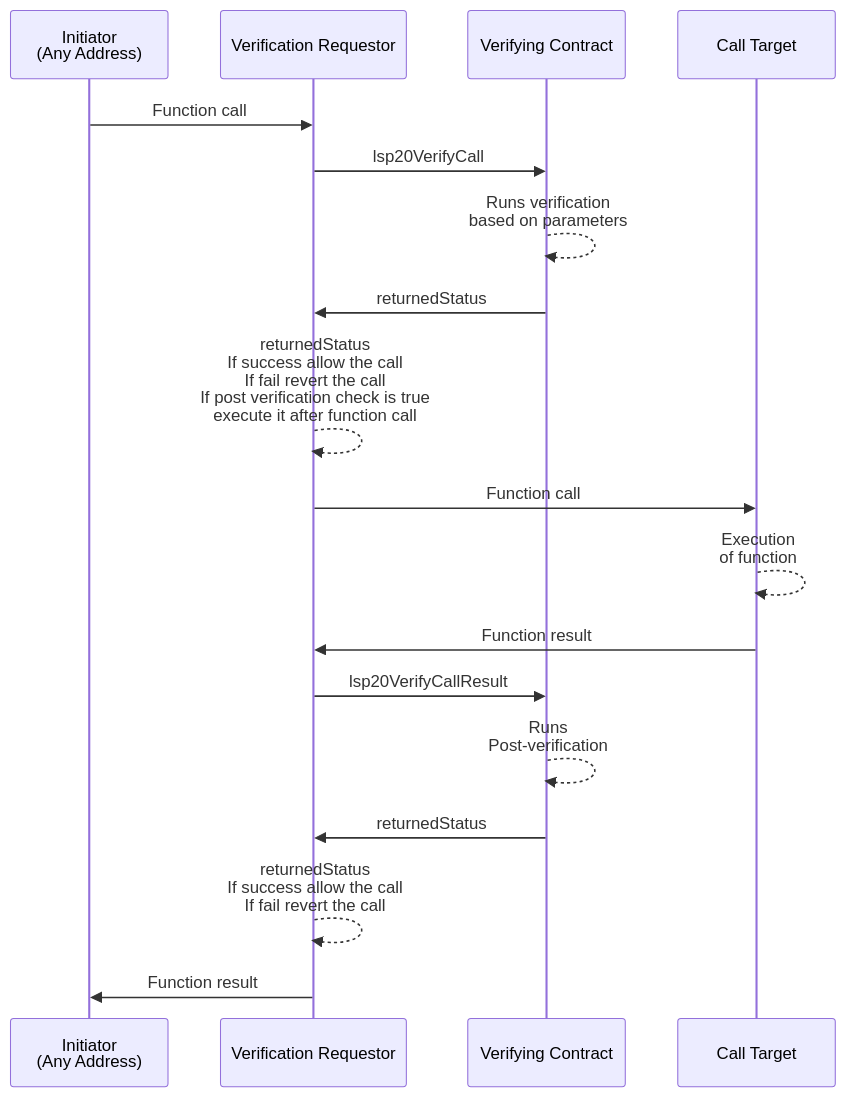
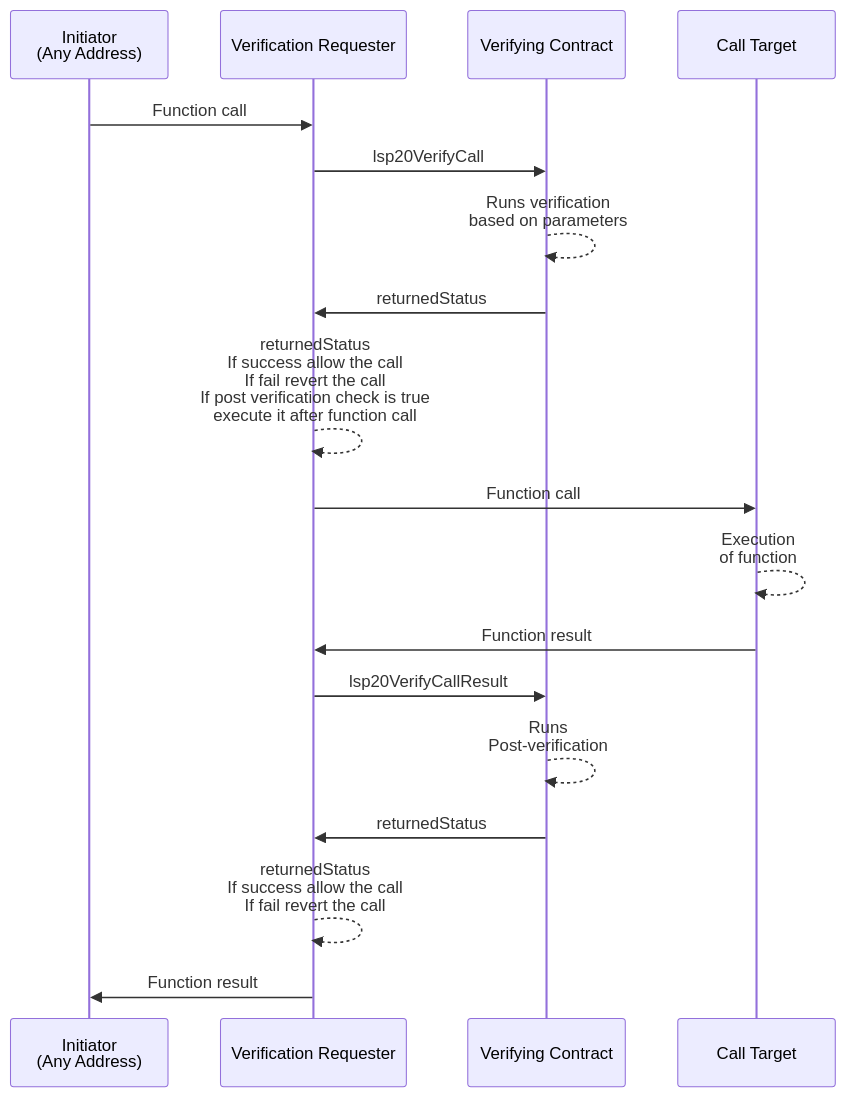
Before and after one commit to lukso-network/LIPs: the diagram in LSPs/LSP-20-CallVerification.md, drawn with Mermaid. The commit also changed other lines of this file and 15 other files, not shown here.

````diff
--- a/LSPs/LSP-20-CallVerification.md
+++ b/LSPs/LSP-20-CallVerification.md
@@ -40,21 +40,21 @@
 ```mermaid
 sequenceDiagram
     participant I as Initiator<br/>(Any Address)
-    participant R as Verification Requestor
+    participant R as Verification Requester
     participant V as Verifying Contract
     participant T as Call Target
 
     I->>R: Function call
     R->>V: lsp20VerifyCall
     V-->>V: Runs verification <br>based on parameters
     V->>R: returnedStatus
     R-->>R: returnedStatus <br> If success allow the call <br> If fail revert the call <br> If post verification check is true <br> execute it after function call
         R->>T: Function call
         T-->>T: Execution <br>of function
         T->>R: Function result
         R->>V: lsp20VerifyCallResult
         V-->>V: Runs <br>Post-verification
         V->>R: returnedStatus
         R-->>R: returnedStatus <br> If success allow the call <br> If fail revert the call
     R->>I: Function result
 ```
````
